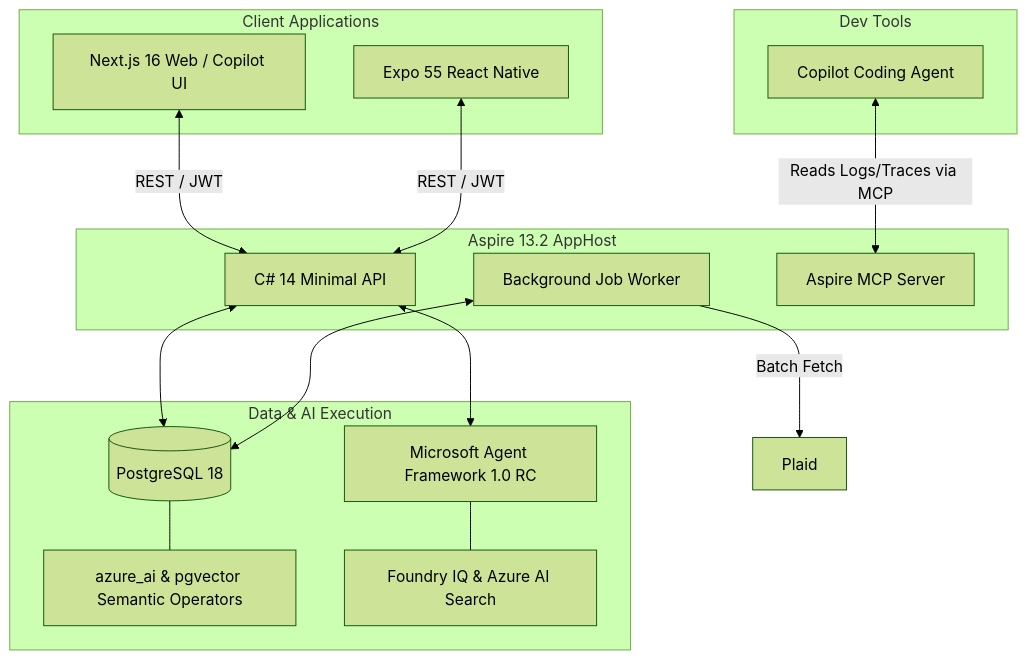
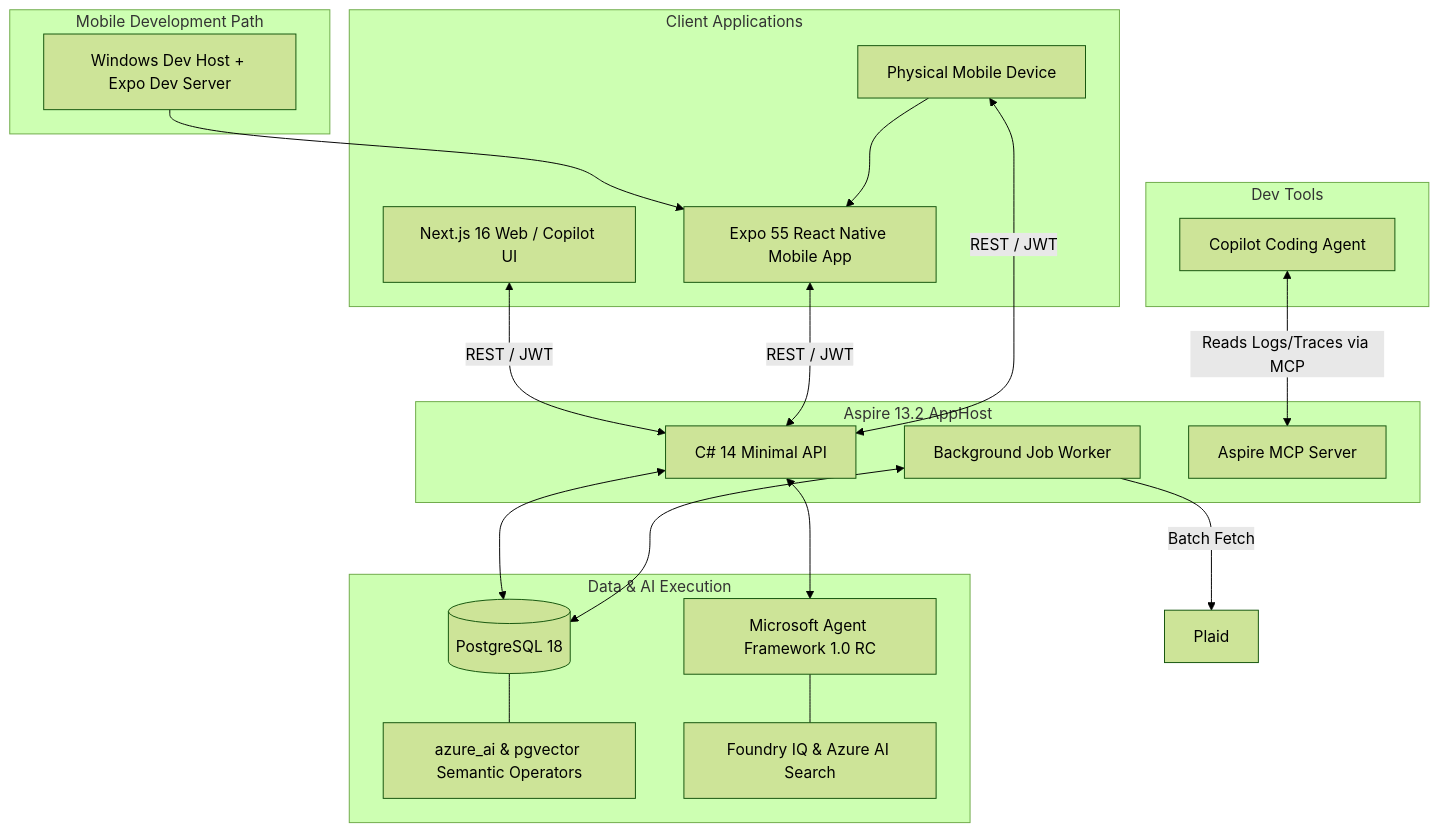
The first of 5 diagrams in project-plan/architecture.md (ChrisMcKee1/Mosaic-Money), drawn with Mermaid (forest theme) before and after one commit. The commit also changed other lines of this file and 4 other files, not shown here.

Commit message:
docs(architecture): codify windows-to-phone mobile workflow

````diff
--- a/project-plan/architecture.md
+++ b/project-plan/architecture.md
@@ -20,37 +20,45 @@
 ```mermaid
 flowchart TB
     subgraph Client [Client Applications]
         UI[Next.js 16 Web / Copilot UI]
-        Mobile[Expo 55 React Native]
+        Mobile[Expo 55 React Native Mobile App]
+        Phone[Physical Mobile Device]
+    end
+
+    subgraph MobileDev [Mobile Development Path]
+        WinDev[Windows Dev Host + Expo Dev Server]
     end
 
     subgraph AppHost [Aspire 13.2 AppHost]
         API[C# 14 Minimal API]
         Worker[Background Job Worker]
         MCP[Aspire MCP Server]
     end
 
     subgraph Intelligence Tier [Data & AI Execution]
         DB[(PostgreSQL 18)]
         PGAI[azure_ai & pgvector Semantic Operators]
         DB --- PGAI
         
         MAF[Microsoft Agent Framework 1.0 RC]
         FIQ[Foundry IQ & Azure AI Search]
         MAF --- FIQ
     end
 
     subgraph Developer [Dev Tools]
         Copilot[Copilot Coding Agent]
     end
 
     Copilot <-->|Reads Logs/Traces via MCP| MCP
     UI <-->|REST / JWT| API
     Mobile <-->|REST / JWT| API
+    WinDev --> Mobile
+    Phone --> Mobile
+    Phone <-->|REST / JWT| API
     
     API <--> DB
     API <--> MAF
     
     Worker <--> DB
     Worker -->|Batch Fetch| Plaid
 ```
````
